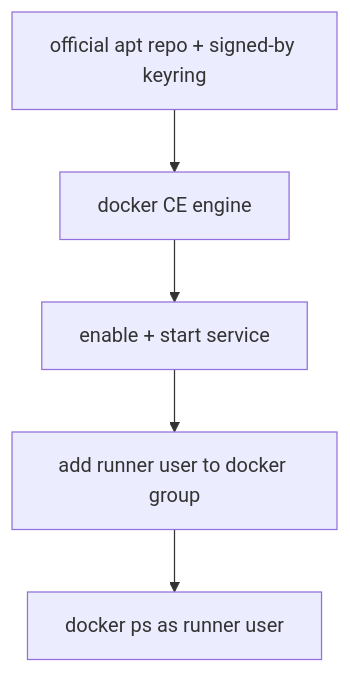
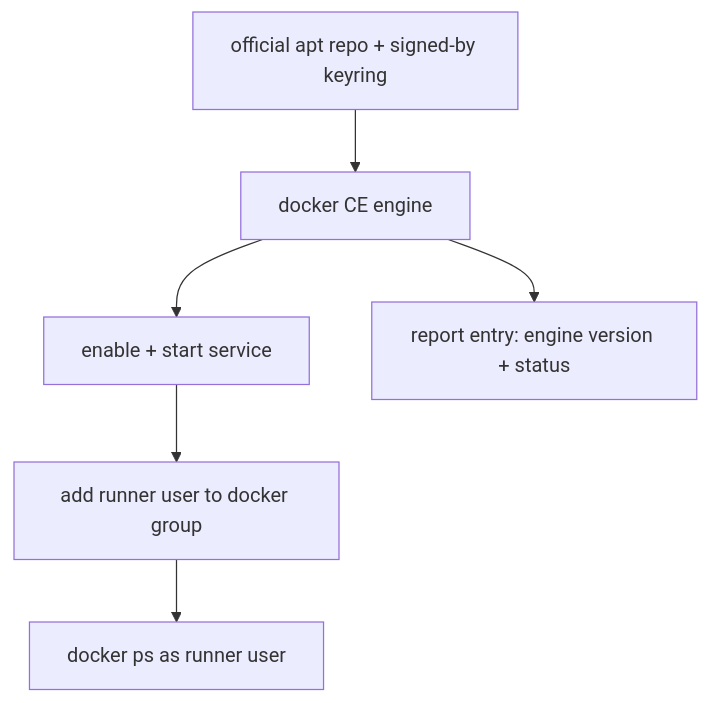
Before and after one commit to Klark-Morrigan/Common-Ansible: the diagram in roles/docker/README.md, drawn with Mermaid. The commit also changed other lines of this file and 43 other files, not shown here.

````diff
--- a/roles/docker/README.md
+++ b/roles/docker/README.md
@@ -62,7 +72,8 @@
 ```mermaid
 flowchart TD
   REPO[official apt repo + signed-by keyring] --> ENG[docker CE engine]
   ENG --> SVC[enable + start service]
   SVC --> GRP[add runner user to docker group]
   GRP --> OK[docker ps as runner user]
+  ENG --> REP[report entry: engine version + status]
 ```
````
